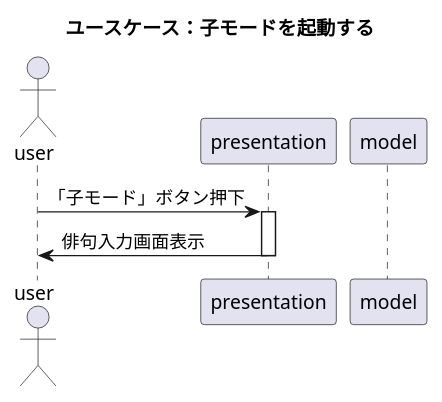
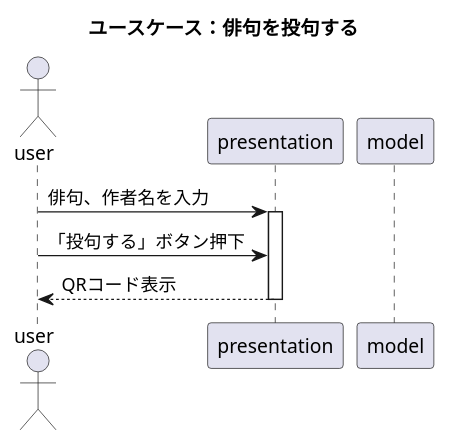
Before and after one commit to AsazuTaiga/Kuawase: the third of 11 diagrams in docs/module_sequence.pu, drawn with PlantUML. The commit also changed other lines of this file, not shown here.

Commit message:
シーケンス図一旦完了

```diff
--- a/docs/module_sequence.pu
+++ b/docs/module_sequence.pu
@@ -13,11 +29,11 @@
 @startuml
-title ユースケース：子モードを起動する
+title ユースケース：俳句を投句する
 actor user
 participant presentation
 participant model
 
-user -> presentation : 「子モード」ボタン押下
+user -> presentation : 俳句、作者名を入力
 activate presentation
-presentation -> user : 俳句入力画面表示
-deactivate presentation
+user -> presentation : 「投句する」ボタン押下
+return QRコード表示
 @enduml
```
